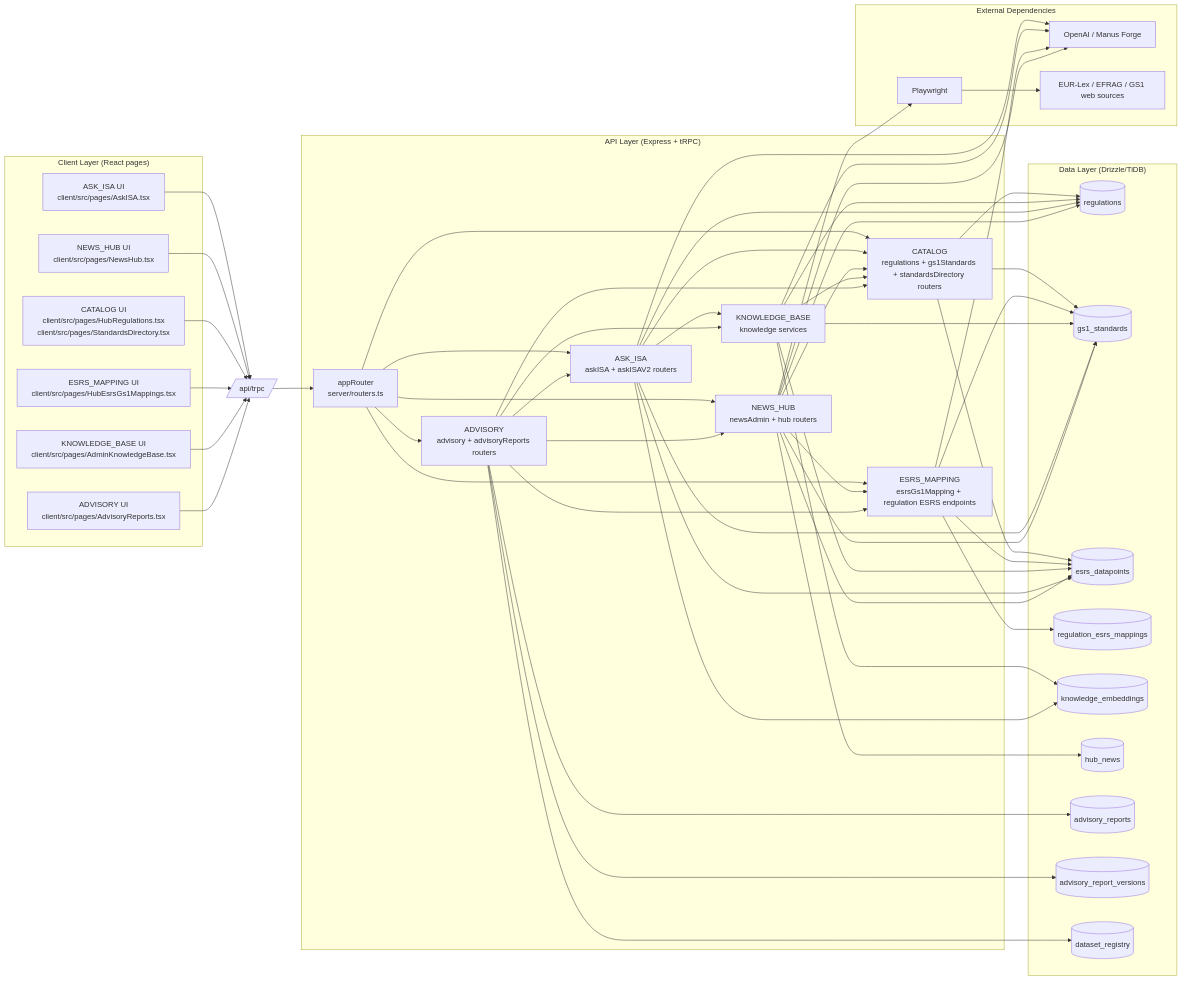
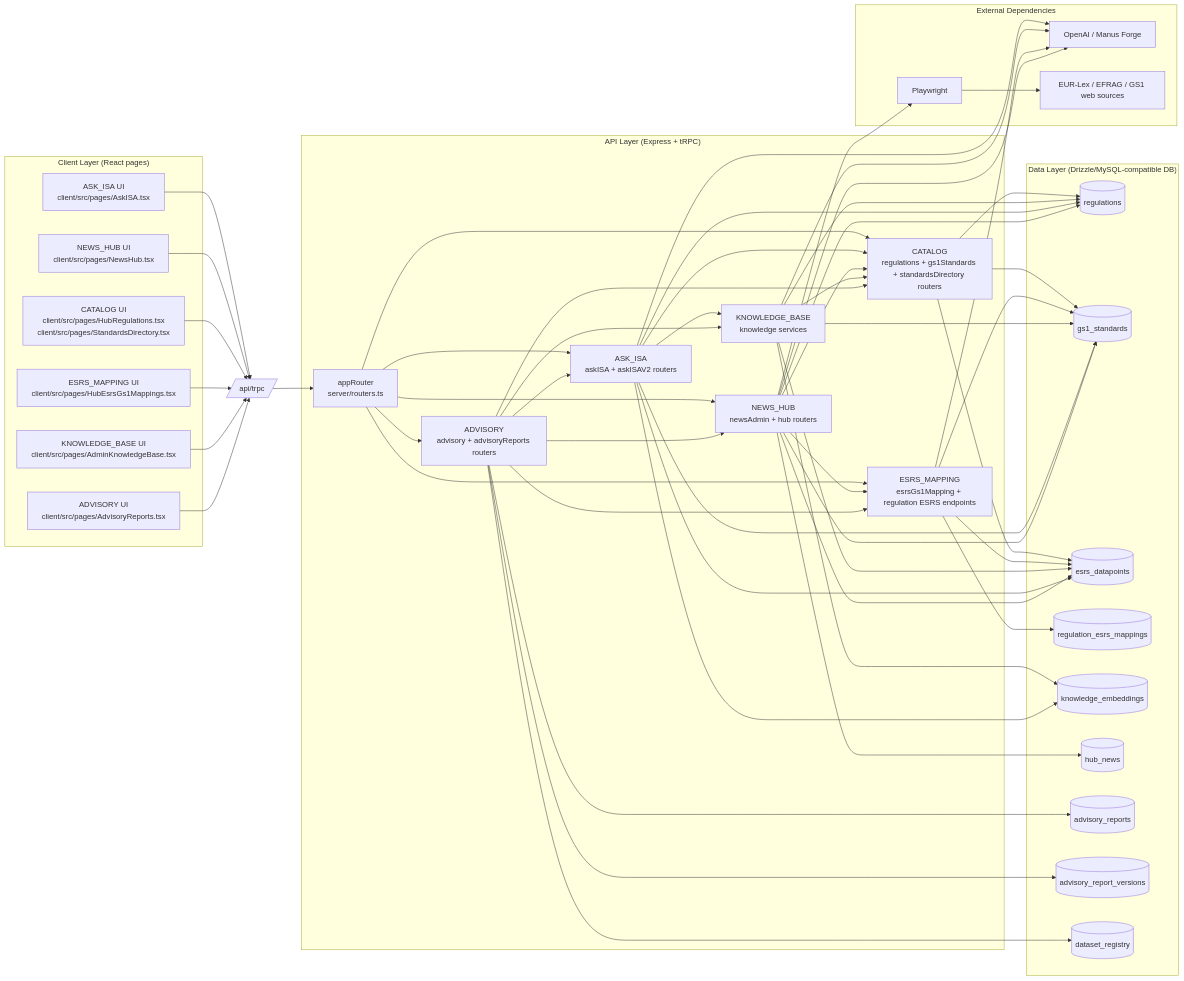
Before and after one commit to GS1Ned/isa_web_clean: the diagram in docs/evidence/EXEC_GRAPH.mmd, drawn with Mermaid. The commit also changed 16 other files, not shown here.

```diff
--- a/docs/evidence/EXEC_GRAPH.mmd
+++ b/docs/evidence/EXEC_GRAPH.mmd
@@ -1,113 +1,113 @@
 %% ISA As-Built Dependency Graph (2026-02-19)
 %% Source anchors:
 %% - server/routers.ts
 %% - server/routers/ask-isa.ts
 %% - server/routers/ask-isa-v2.ts
 %% - server/news-admin-router.ts
 %% - server/routers/hub.ts
 %% - server/routers/regulations.ts
 %% - server/gs1-standards-router.ts
 %% - server/routers/standards-directory.ts
 %% - server/routers/esrs-gs1-mapping.ts
 %% - server/db-knowledge.ts
 %% - server/db-knowledge-vector.ts
 %% - server/routers/advisory.ts
 %% - server/routers/advisory-reports.ts
 %% - drizzle/schema.ts
 
 flowchart LR
   subgraph Client["Client Layer (React pages)"]
     C_ASK[ASK_ISA UI\nclient/src/pages/AskISA.tsx]
     C_NEWS[NEWS_HUB UI\nclient/src/pages/NewsHub.tsx]
     C_CAT[CATALOG UI\nclient/src/pages/HubRegulations.tsx\nclient/src/pages/StandardsDirectory.tsx]
     C_MAP[ESRS_MAPPING UI\nclient/src/pages/HubEsrsGs1Mappings.tsx]
     C_KB[KNOWLEDGE_BASE UI\nclient/src/pages/AdminKnowledgeBase.tsx]
     C_ADV[ADVISORY UI\nclient/src/pages/AdvisoryReports.tsx]
   end
 
   C_ASK --> TRPC[/api/trpc/]
   C_NEWS --> TRPC
   C_CAT --> TRPC
   C_MAP --> TRPC
   C_KB --> TRPC
   C_ADV --> TRPC
 
   subgraph API["API Layer (Express + tRPC)"]
     APP[appRouter\nserver/routers.ts]
     ASK[ASK_ISA\naskISA + askISAV2 routers]
     NEWS[NEWS_HUB\nnewsAdmin + hub routers]
     CAT[CATALOG\nregulations + gs1Standards + standardsDirectory routers]
     MAP[ESRS_MAPPING\nesrsGs1Mapping + regulation ESRS endpoints]
     KB[KNOWLEDGE_BASE\nknowledge services]
     ADV[ADVISORY\nadvisory + advisoryReports routers]
   end
 
   TRPC --> APP
   APP --> ASK
   APP --> NEWS
   APP --> CAT
   APP --> MAP
   APP --> ADV
 
   ASK --> KB
   ASK --> CAT
   NEWS --> CAT
   NEWS --> MAP
   KB --> CAT
   ADV --> ASK
   ADV --> NEWS
   ADV --> KB
   ADV --> CAT
   ADV --> MAP
 
-  subgraph Data["Data Layer (Drizzle/TiDB)"]
+  subgraph Data["Data Layer (Drizzle/MySQL-compatible DB)"]
     T_REG[(regulations)]
     T_STD[(gs1_standards)]
     T_ESRS[(esrs_datapoints)]
     T_MAP[(regulation_esrs_mappings)]
     T_KE[(knowledge_embeddings)]
     T_NEWS[(hub_news)]
     T_ADV[(advisory_reports)]
     T_ADVV[(advisory_report_versions)]
     T_DS[(dataset_registry)]
   end
 
   CAT --> T_REG
   CAT --> T_STD
   CAT --> T_ESRS
 
   MAP --> T_ESRS
   MAP --> T_STD
   MAP --> T_MAP
 
   KB --> T_KE
   KB --> T_REG
   KB --> T_STD
   KB --> T_ESRS
 
   ASK --> T_KE
   ASK --> T_REG
   ASK --> T_STD
   ASK --> T_ESRS
 
   NEWS --> T_NEWS
   NEWS --> T_REG
   NEWS --> T_STD
   NEWS --> T_ESRS
 
   ADV --> T_ADV
   ADV --> T_ADVV
   ADV --> T_DS
 
   subgraph External["External Dependencies"]
     X_LLM[OpenAI / Manus Forge]
     X_PW[Playwright]
     X_SRC[EUR-Lex / EFRAG / GS1 web sources]
   end
 
   ASK --> X_LLM
   KB --> X_LLM
   MAP --> X_LLM
   NEWS --> X_LLM
   NEWS --> X_PW
   X_PW --> X_SRC
```
